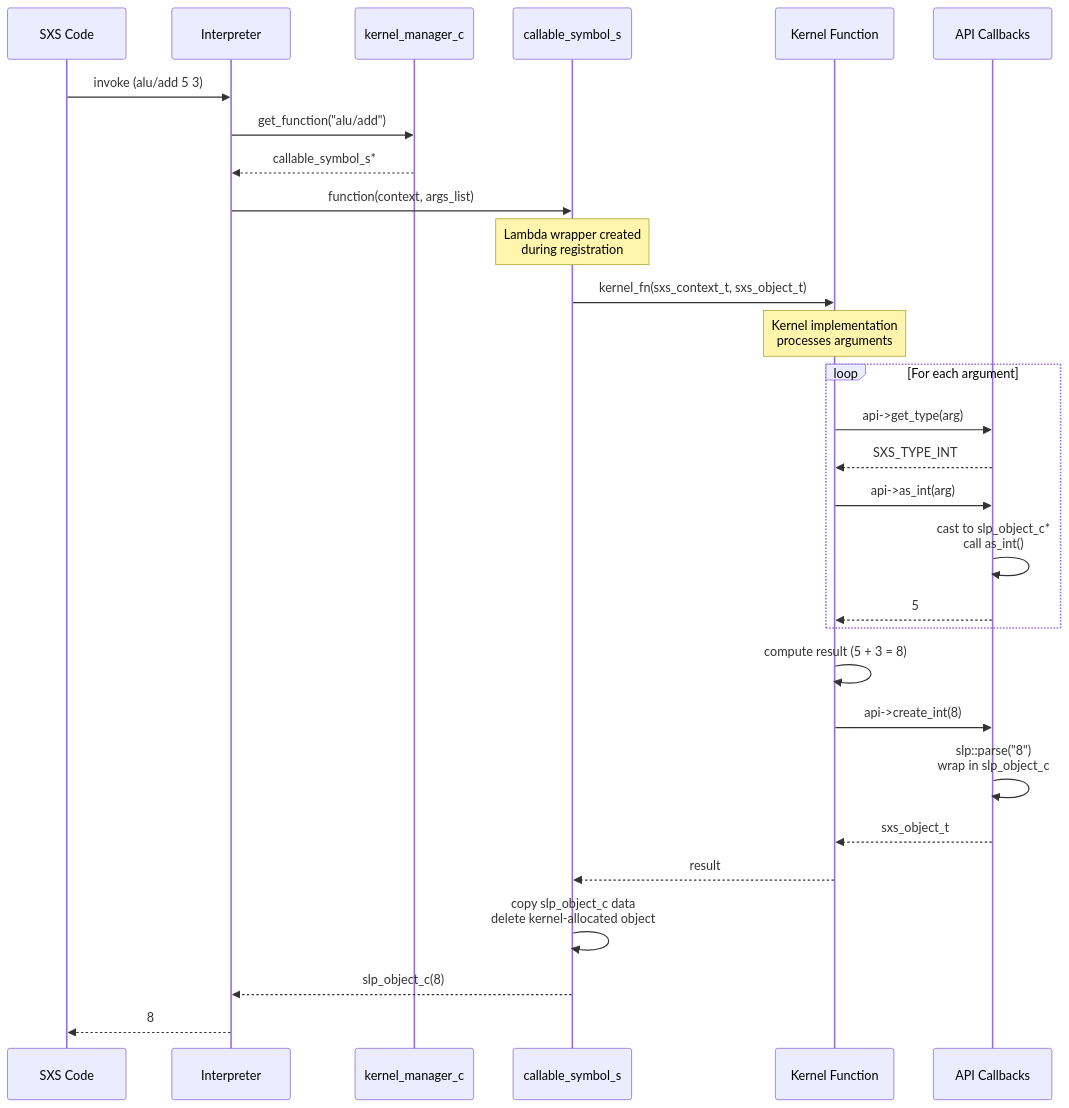
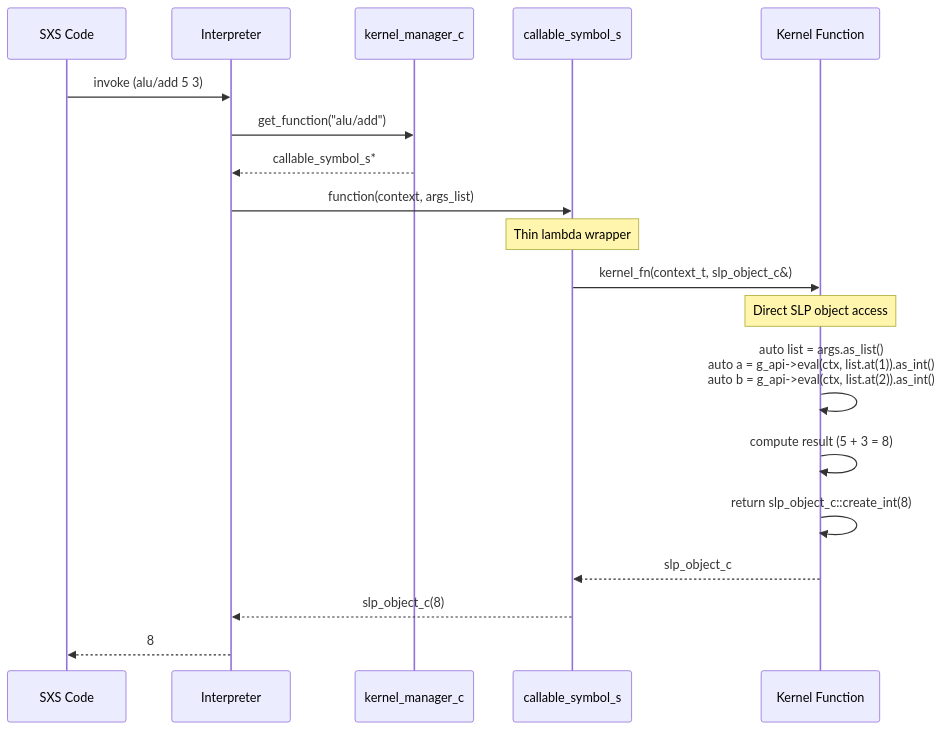
The third of 3 diagrams in apps/pkg/core/kernels/kernels.md (bosley/sxs), drawn with Mermaid before and after one commit. The commit also changed other lines of this file and 47 other files, not shown here.

````diff
--- a/apps/pkg/core/kernels/kernels.md
+++ b/apps/pkg/core/kernels/kernels.md
@@ -174,42 +153,30 @@
 ```mermaid
 sequenceDiagram
     participant SXS Code
     participant Interpreter
     participant kernel_manager_c
     participant callable_symbol_s
     participant Kernel Function
-    participant API Callbacks
 
     SXS Code->>Interpreter: invoke (alu/add 5 3)
     Interpreter->>kernel_manager_c: get_function("alu/add")
     kernel_manager_c-->>Interpreter: callable_symbol_s*
     
     Interpreter->>callable_symbol_s: function(context, args_list)
     
-    Note over callable_symbol_s: Lambda wrapper created<br/>during registration
+    Note over callable_symbol_s: Thin lambda wrapper
     
-    callable_symbol_s->>Kernel Function: kernel_fn(sxs_context_t, sxs_object_t)
+    callable_symbol_s->>Kernel Function: kernel_fn(context_t, slp_object_c&)
     
-    Note over Kernel Function: Kernel implementation<br/>processes arguments
+    Note over Kernel Function: Direct SLP object access
     
-    loop For each argument
-        Kernel Function->>API Callbacks: api->get_type(arg)
-        API Callbacks-->>Kernel Function: SXS_TYPE_INT
-        Kernel Function->>API Callbacks: api->as_int(arg)
-        API Callbacks->>API Callbacks: cast to slp_object_c*<br/>call as_int()
-        API Callbacks-->>Kernel Function: 5
-    end
+    Kernel Function->>Kernel Function: auto list = args.as_list()<br/>auto a = g_api->eval(ctx, list.at(1)).as_int()<br/>auto b = g_api->eval(ctx, list.at(2)).as_int()
     
     Kernel Function->>Kernel Function: compute result (5 + 3 = 8)
     
-    Kernel Function->>API Callbacks: api->create_int(8)
-    API Callbacks->>API Callbacks: slp::parse("8")<br/>wrap in slp_object_c
-    API Callbacks-->>Kernel Function: sxs_object_t
+    Kernel Function->>Kernel Function: return slp_object_c::create_int(8)
     
-    Kernel Function-->>callable_symbol_s: result
-    
-    callable_symbol_s->>callable_symbol_s: copy slp_object_c data<br/>delete kernel-allocated object
+    Kernel Function-->>callable_symbol_s: slp_object_c
     callable_symbol_s-->>Interpreter: slp_object_c(8)
-    
     Interpreter-->>SXS Code: 8
 ```
````
